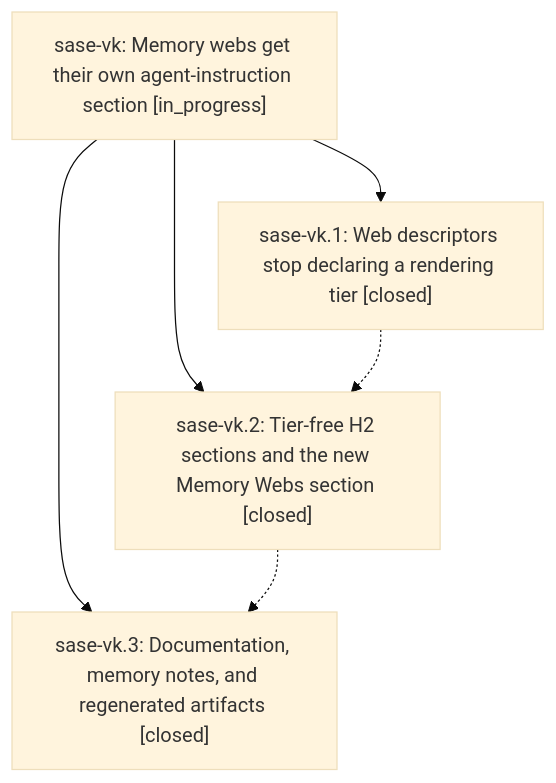
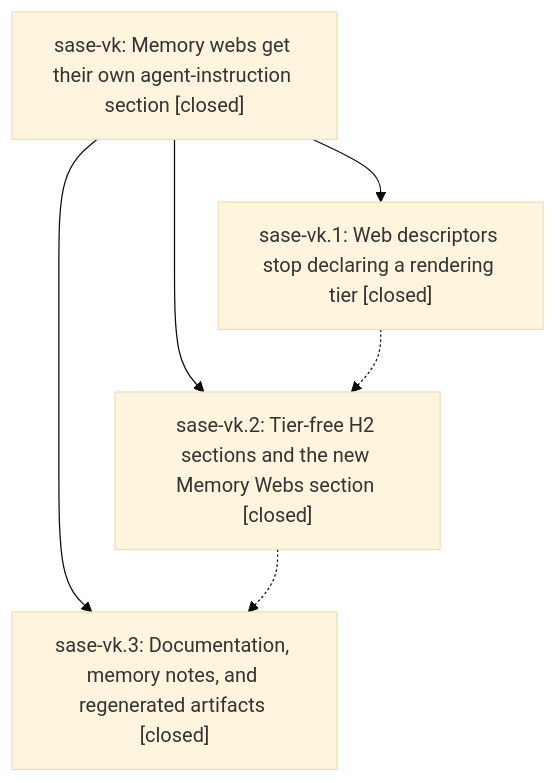
One commit to sase-org/sase--beads changed the diagram in pages/sase-vk/README.md. Above: the diagram before and after it, drawn with Mermaid (base theme). The commit also changed other lines of this file, not shown here.

First line of the commit message:
chore(beads): sync bead state and pages for sase-vk

````diff
--- a/pages/sase-vk/README.md
+++ b/pages/sase-vk/README.md
@@ -36,12 +60,12 @@
 ```mermaid
 flowchart TD
-    n0["sase-vk: Memory webs get their own agent-instruction section [in_progress]"]
+    n0["sase-vk: Memory webs get their own agent-instruction section [closed]"]
     n1["sase-vk.1: Web descriptors stop declaring a rendering tier [closed]"]
     n2["sase-vk.2: Tier-free H2 sections and the new Memory Webs section [closed]"]
     n3["sase-vk.3: Documentation, memory notes, and regenerated artifacts [closed]"]
     n0 --> n1
     n0 --> n2
     n0 --> n3
     n1 -.-> n2
     n2 -.-> n3
 ```
````
